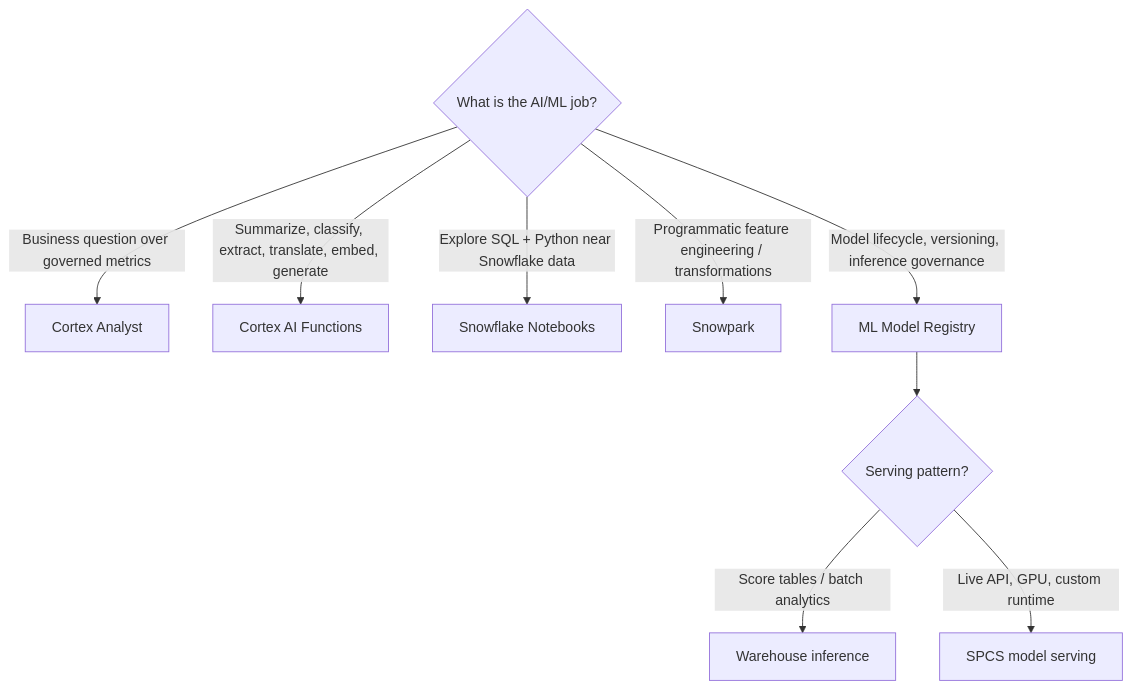
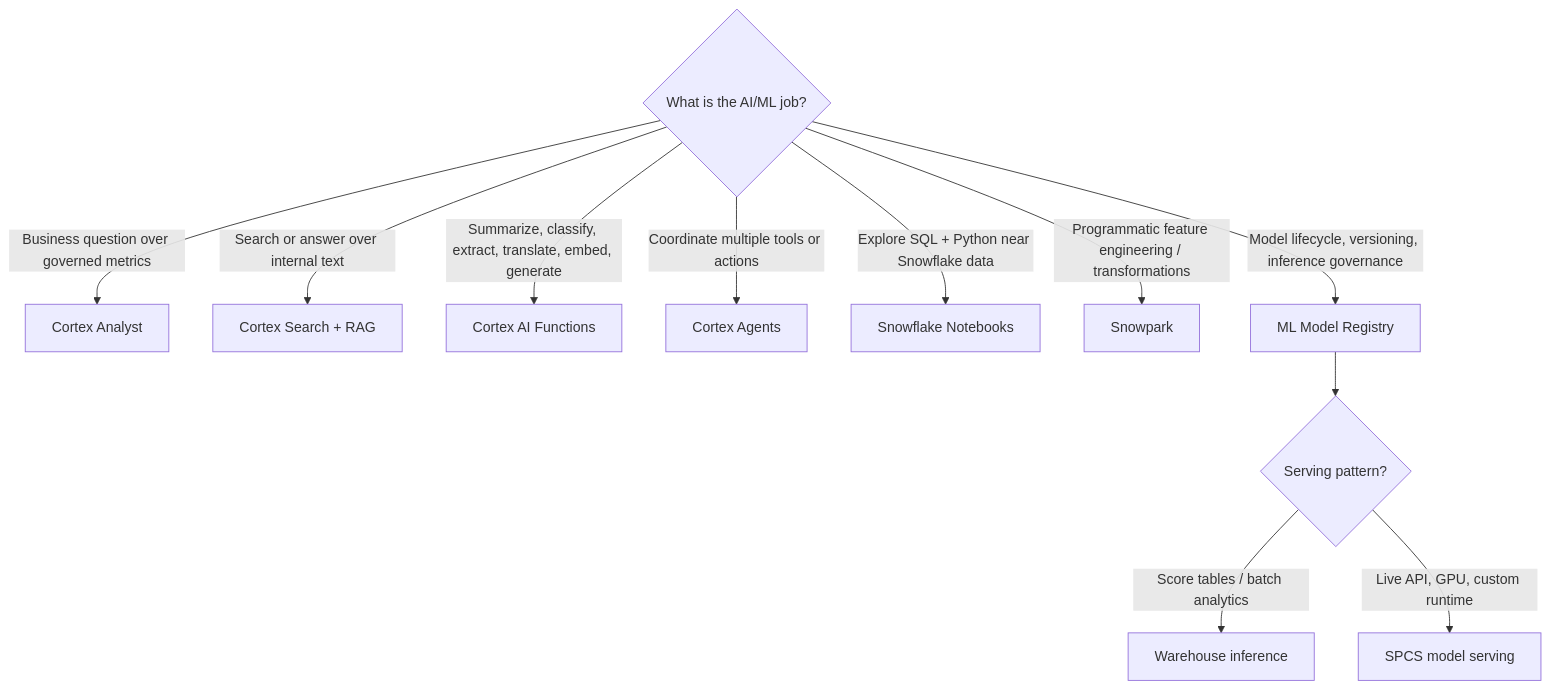
One commit to shonningsoy/Upskill changed the diagram in 80 Comparisons and Decision Notes/Decision Notes/Decisions - Choosing a Snowflake AI and ML Pattern.md. Above: the diagram before and after it, drawn with Mermaid. The commit also changed other lines of this file and 1 other file, not shown here.

Commit message:
Expand Cortex Search and RAG note

````diff
--- a/80 Comparisons and Decision Notes/Decision Notes/Decisions - Choosing a Snowflake AI and ML Pattern.md
+++ b/80 Comparisons and Decision Notes/Decision Notes/Decisions - Choosing a Snowflake AI and ML Pattern.md
@@ -33,11 +35,13 @@
 ```mermaid
 flowchart TD
     A{What is the AI/ML job?} -->|Business question over governed metrics| B[Cortex Analyst]
+    A -->|Search or answer over internal text| S[Cortex Search + RAG]
     A -->|Summarize, classify, extract, translate, embed, generate| C[Cortex AI Functions]
+    A -->|Coordinate multiple tools or actions| J[Cortex Agents]
     A -->|Explore SQL + Python near Snowflake data| D[Snowflake Notebooks]
     A -->|Programmatic feature engineering / transformations| E[Snowpark]
     A -->|Model lifecycle, versioning, inference governance| F[ML Model Registry]
     F --> G{Serving pattern?}
     G -->|Score tables / batch analytics| H[Warehouse inference]
     G -->|Live API, GPU, custom runtime| I[SPCS model serving]
 ```
````
